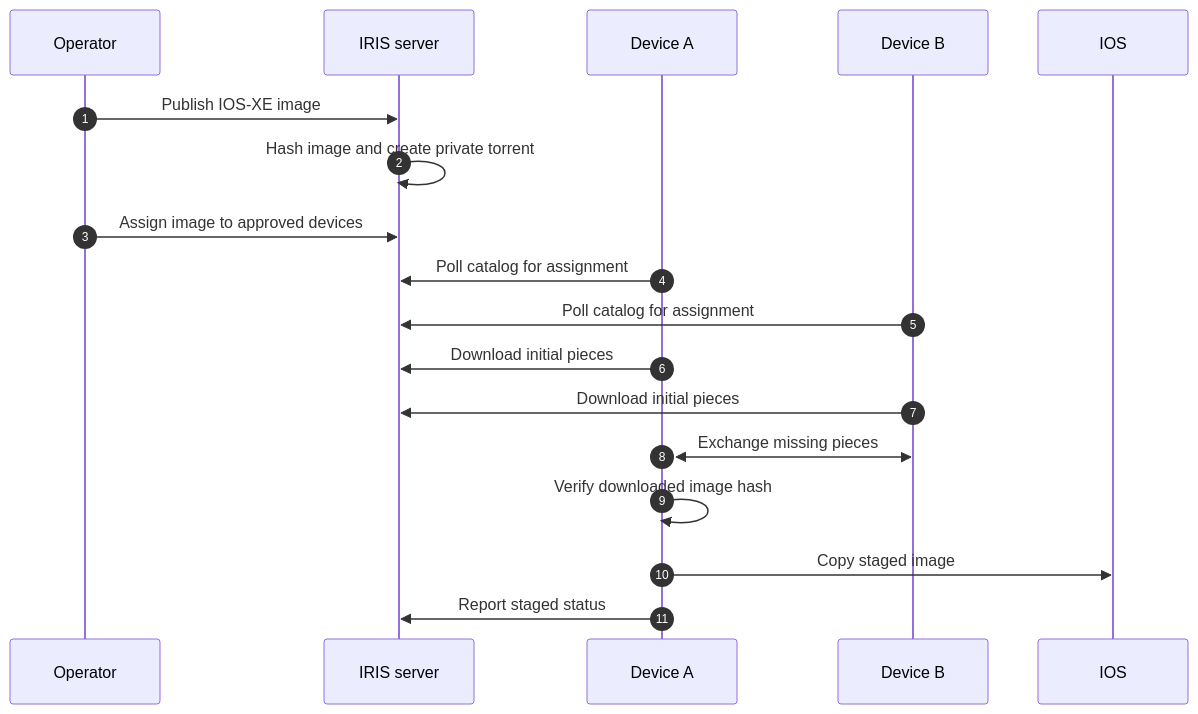
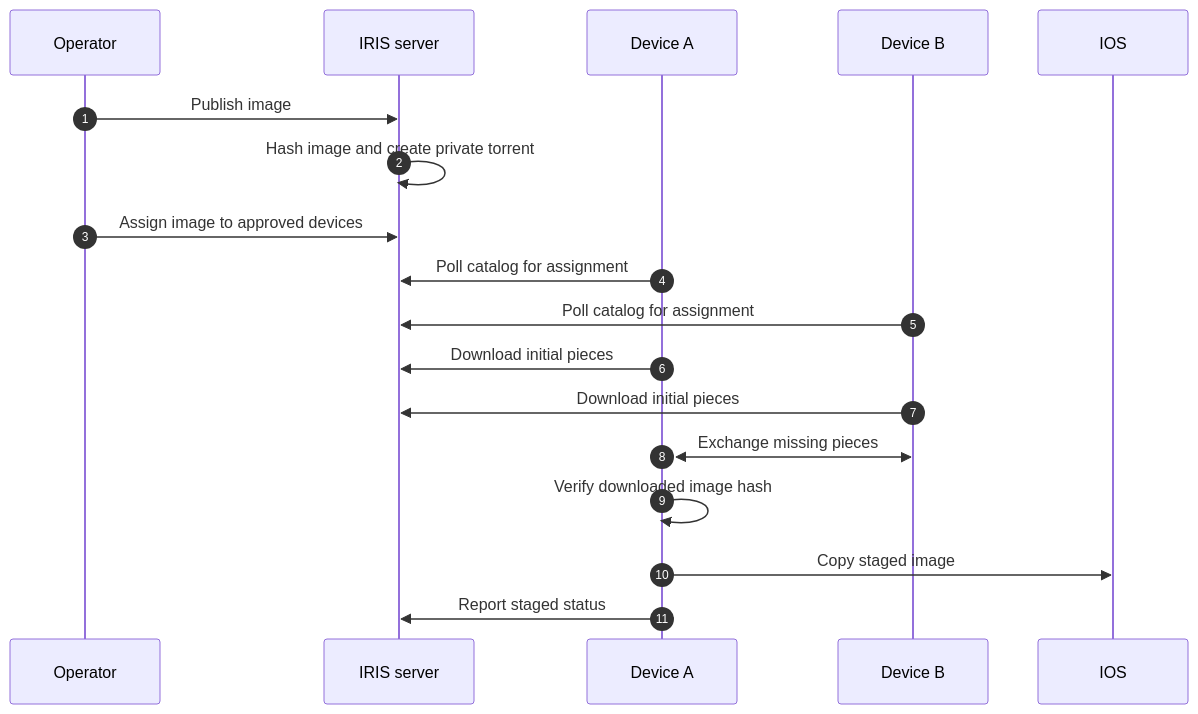
Before and after one commit to cisco-open/intelligent-release-image-staging: the second of 2 diagrams in docs/zensical/architecture.md, drawn with Mermaid. The commit also changed other lines of this file and 9 other files, not shown here.

````diff
--- a/docs/zensical/architecture.md
+++ b/docs/zensical/architecture.md
@@ -57,21 +57,21 @@
 ```mermaid
 sequenceDiagram
     autonumber
     participant Operator
     participant Server as IRIS server
     participant DeviceA as Device A
     participant DeviceB as Device B
     participant IOS
 
-    Operator->>Server: Publish IOS-XE image
+    Operator->>Server: Publish image
     Server->>Server: Hash image and create private torrent
     Operator->>Server: Assign image to approved devices
     DeviceA->>Server: Poll catalog for assignment
     DeviceB->>Server: Poll catalog for assignment
     DeviceA->>Server: Download initial pieces
     DeviceB->>Server: Download initial pieces
     DeviceA<<->>DeviceB: Exchange missing pieces
     DeviceA->>DeviceA: Verify downloaded image hash
     DeviceA->>IOS: Copy staged image
     DeviceA->>Server: Report staged status
 ```
````
